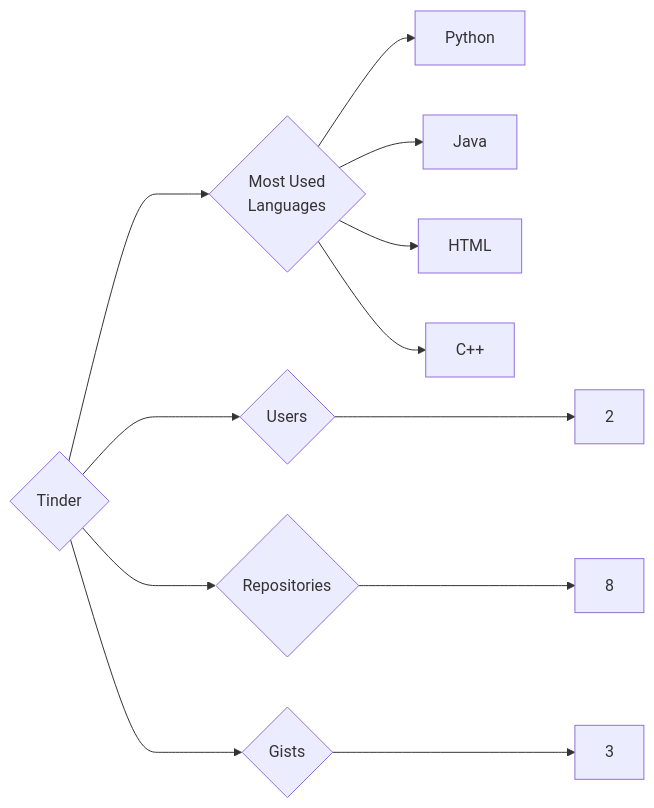
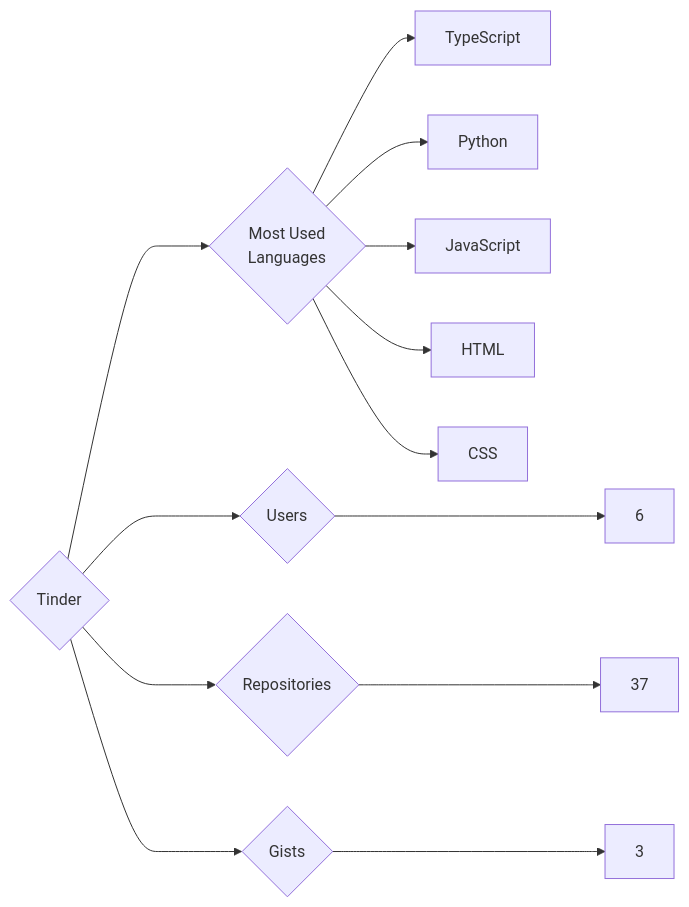
The diagram in targets/Tinder/README.md (trickest/insiders), drawn with Mermaid before and after one commit. The commit also changed 797 other files, not shown here.

````diff
--- a/targets/Tinder/README.md
+++ b/targets/Tinder/README.md
@@ -3,12 +3,13 @@
 ```mermaid
 graph LR
 COMPANY_NAME{Tinder}
-COMPANY_NAME ---> U{Users} ---> UN[2]
-COMPANY_NAME ---> R{Repositories} ---> RN[8]
+COMPANY_NAME ---> U{Users} ---> UN[6]
+COMPANY_NAME ---> R{Repositories} ---> RN[37]
 COMPANY_NAME ---> G{Gists} ---> GN[3]
 COMPANY_NAME ---> ML{Most Used<br>Languages}
+ML --> TypeScript[TypeScript]
 ML --> Python[Python]
-ML --> Java[Java]
+ML --> JavaScript[JavaScript]
 ML --> HTML[HTML]
-ML --> C++[C++]
+ML --> CSS[CSS]
 ```
````
